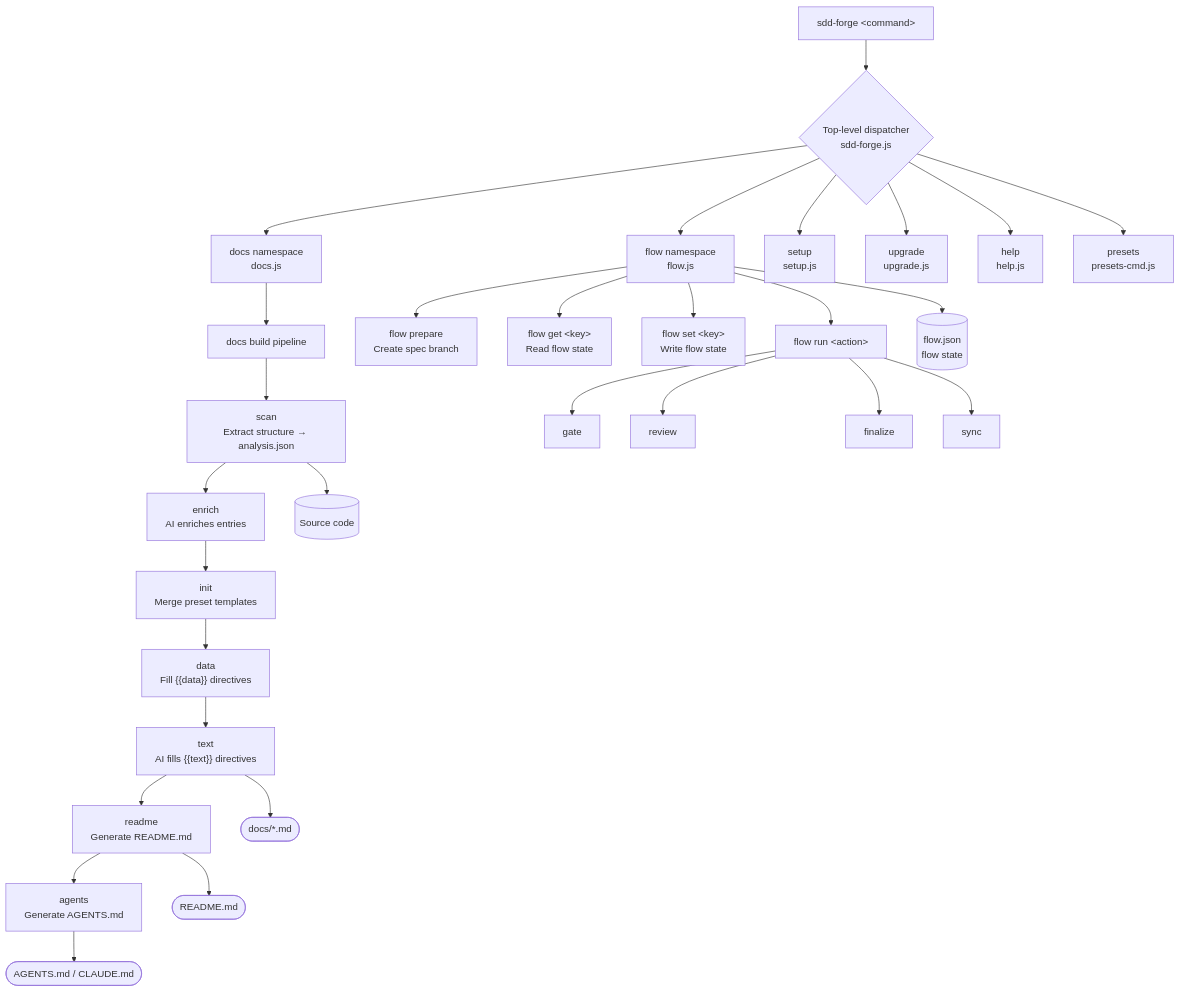
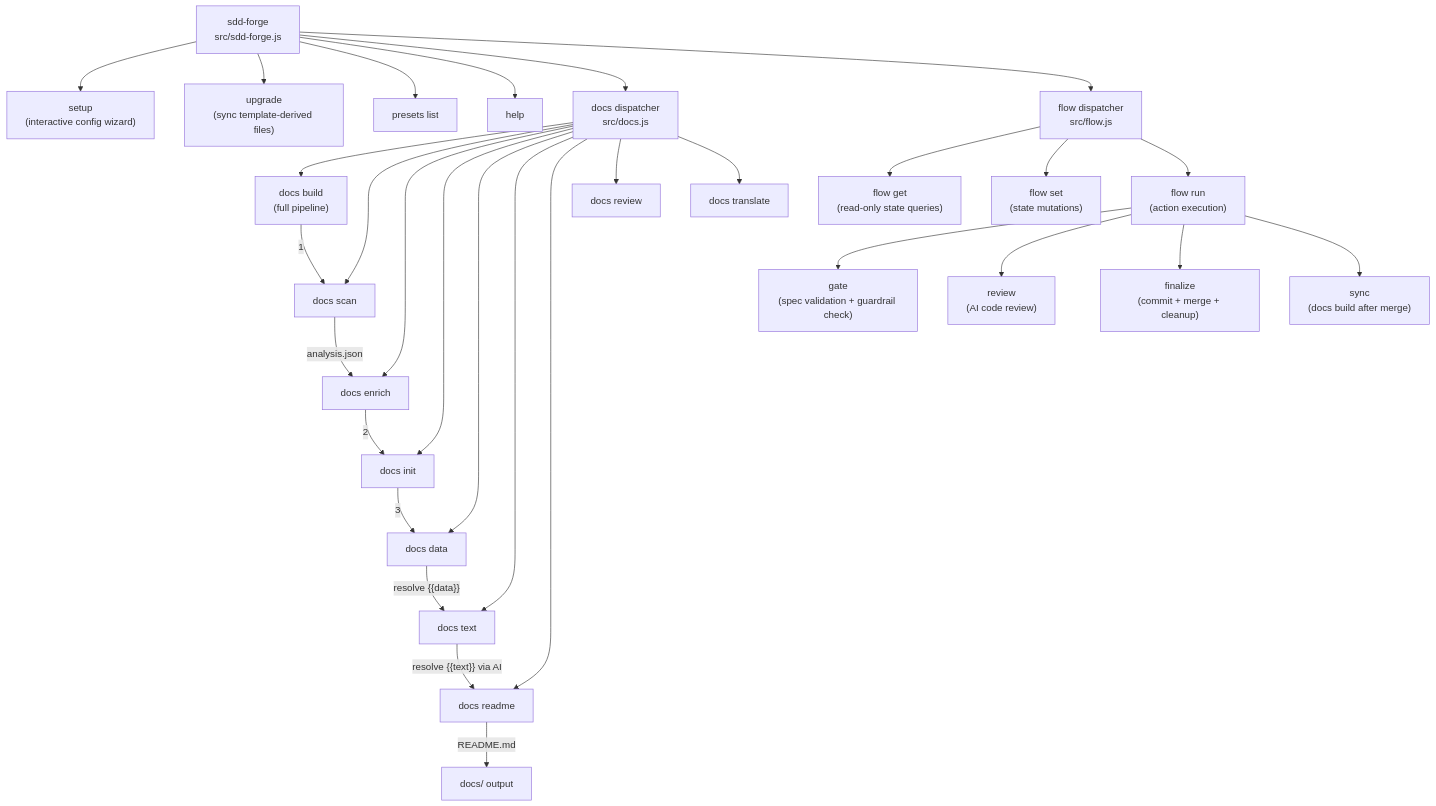
One commit to SpreadWorks/sdd-forge changed the diagram in docs/overview.md. Above: the diagram before and after it, drawn with Mermaid. The commit also changed other lines of this file and 7 other files, not shown here.

````diff
--- a/docs/overview.md
+++ b/docs/overview.md
@@ -36,35 +37,36 @@
 ```mermaid
 flowchart TD
-    CLI["sdd-forge &lt;command&gt;"] --> DISPATCH{Top-level dispatcher\nsdd-forge.js}
+    CLI["sdd-forge\nsrc/sdd-forge.js"] --> SETUP["setup\n(interactive config wizard)"]
+    CLI --> UPGRADE["upgrade\n(sync template-derived files)"]
+    CLI --> PRESETS["presets list"]
+    CLI --> HELP["help"]
+    CLI --> DOCS["docs dispatcher\nsrc/docs.js"]
+    CLI --> FLOW["flow dispatcher\nsrc/flow.js"]
 
-    DISPATCH --> DOCS["docs namespace\ndocs.js"]
-    DISPATCH --> FLOW["flow namespace\nflow.js"]
-    DISPATCH --> SETUP["setup\nsetup.js"]
-    DISPATCH --> UPGRADE["upgrade\nupgrade.js"]
-    DISPATCH --> HELP["help\nhelp.js"]
-    DISPATCH --> PRESETS["presets\npresets-cmd.js"]
+    DOCS --> BUILD["docs build\n(full pipeline)"]
+    DOCS --> SCAN["docs scan"]
+    DOCS --> ENRICH["docs enrich"]
+    DOCS --> INIT["docs init"]
+    DOCS --> DATA["docs data"]
+    DOCS --> TEXT["docs text"]
+    DOCS --> README_CMD["docs readme"]
+    DOCS --> REVIEW["docs review"]
+    DOCS --> TRANSLATE["docs translate"]
 
-    DOCS --> PIPELINE["docs build pipeline"]
-    PIPELINE --> SCAN["scan\nExtract structure → analysis.json"]
-    SCAN --> ENRICH["enrich\nAI enriches entries"]
-    ENRICH --> INIT["init\nMerge preset templates"]
-    INIT --> DATA["data\nFill {{data}} directives"]
-    DATA --> TEXT["text\nAI fills {{text}} directives"]
-    TEXT --> README["readme\nGenerate README.md"]
-    README --> AGENTS["agents\nGenerate AGENTS.md"]
+    BUILD -->|"1"| SCAN
+    SCAN -->|"analysis.json"| ENRICH
+    ENRICH -->|"2"| INIT
+    INIT -->|"3"| DATA
+    DATA -->|"resolve {{data}}"| TEXT
+    TEXT -->|"resolve {{text}} via AI"| README_CMD
+    README_CMD -->|"README.md"| OUT["docs/ output"]
 
-    FLOW --> PREPARE["flow prepare\nCreate spec branch"]
-    FLOW --> GET["flow get &lt;key&gt;\nRead flow state"]
-    FLOW --> SET["flow set &lt;key&gt;\nWrite flow state"]
-    FLOW --> RUN["flow run &lt;action&gt;"]
-    RUN --> GATE[gate]
-    RUN --> REVIEW[review]
-    RUN --> FINALIZE[finalize]
-    RUN --> SYNC[sync]
+    FLOW --> GET["flow get\n(read-only state queries)"]
+    FLOW --> SET["flow set\n(state mutations)"]
+    FLOW --> RUN["flow run\n(action execution)"]
 
-    SCAN --> SRC[("Source code")]
-    AGENTS --> AGENTSMD(["AGENTS.md / CLAUDE.md"])
-    README --> READMEOUT(["README.md"])
-    TEXT --> DOCSOUT(["docs/*.md"])
-    FLOW --> STATE[("flow.json\nflow state")]
+    RUN --> GATE["gate\n(spec validation + guardrail check)"]
+    RUN --> REVIEW_FLOW["review\n(AI code review)"]
+    RUN --> FINALIZE["finalize\n(commit + merge + cleanup)"]
+    RUN --> SYNC["sync\n(docs build after merge)"]
 ```
````
